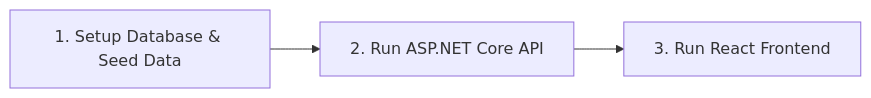
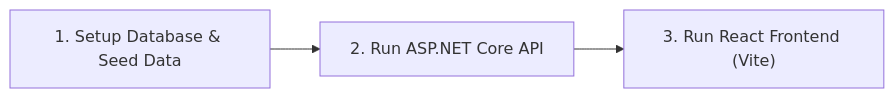
One commit to arif-z04/KajBazar changed the diagram in docs/Project-running-and-publishing.md. Above: the diagram before and after it, drawn with Mermaid. The commit also changed other lines of this file and 92 other files, not shown here.

````diff
--- a/docs/Project-running-and-publishing.md
+++ b/docs/Project-running-and-publishing.md
@@ -25,5 +25,5 @@
 ```mermaid
 flowchart LR
-    StepA[1. Setup Database & Seed Data] --> StepB[2. Run ASP.NET Core API]
-    StepB --> StepC[3. Run React Frontend]
+    StepA["1. Setup Database & Seed Data"] --> StepB["2. Run ASP.NET Core API"]
+    StepB --> StepC["3. Run React Frontend (Vite)"]
 ```
````
